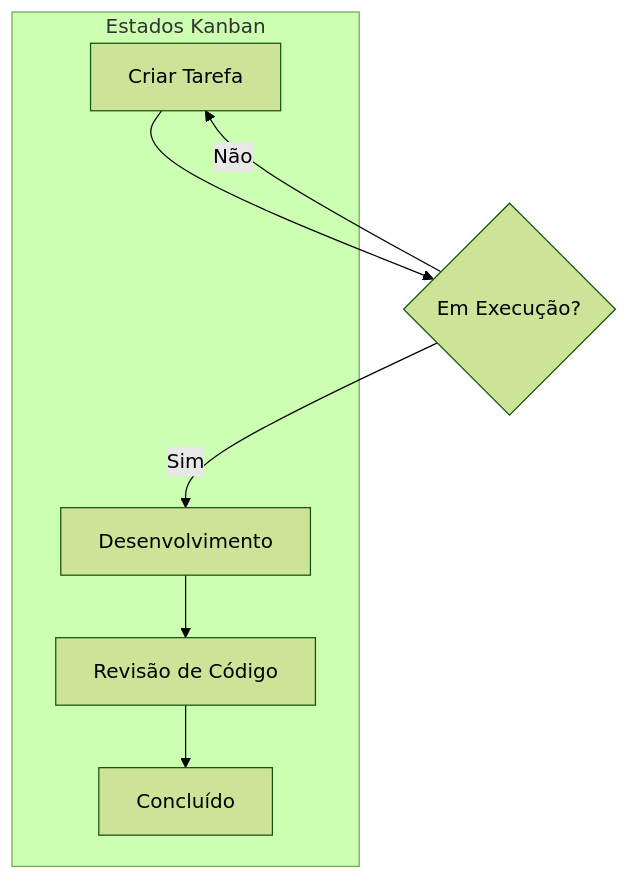
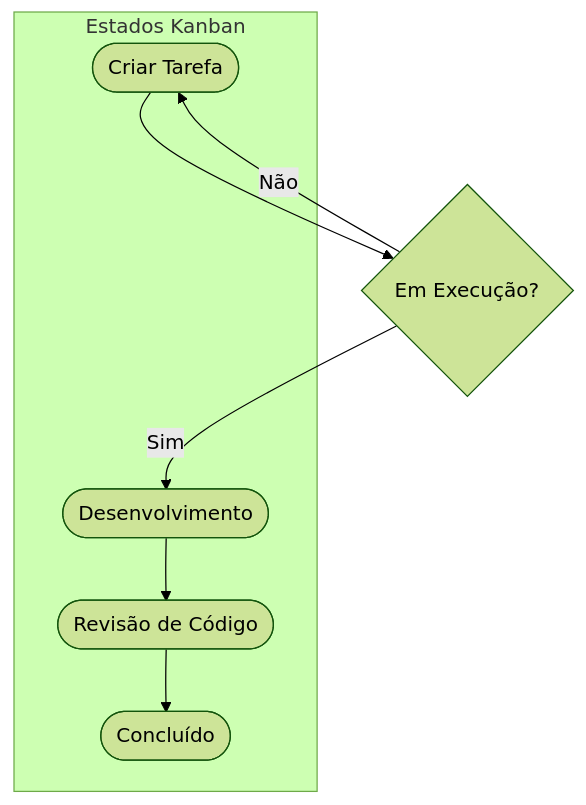
The diagram in docs/aulas/aula-02.md (ricardotecpro/ads_extra_guia_de_ferramentas), drawn with Mermaid (forest theme) before and after one commit. The commit also changed other lines of this file and 69 other files, not shown here.

````diff
--- a/docs/aulas/aula-02.md
+++ b/docs/aulas/aula-02.md
@@ -42,15 +47,16 @@
 ```mermaid
 graph TD
-    A[Criar Tarefa] --> B{Em Execução?}
-    B -- Sim --> C[Desenvolvimento]
+    A([Criar Tarefa]) --> B{Em Execução?}
+    B -- Sim --> C([Desenvolvimento])
     B -- Não --> A
-    C --> D[Revisão de Código]
-    D --> E[Concluído]
+    C --> D([Revisão de Código])
+    D --> E([Concluído])
+
     
     subgraph "Estados Kanban"
     A
     C
     D
     E
     end
 ```
````
